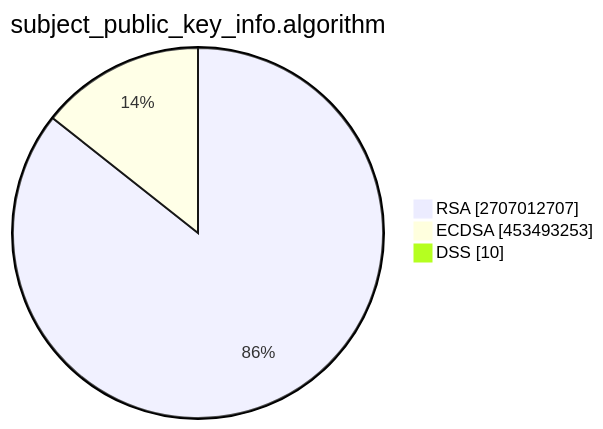
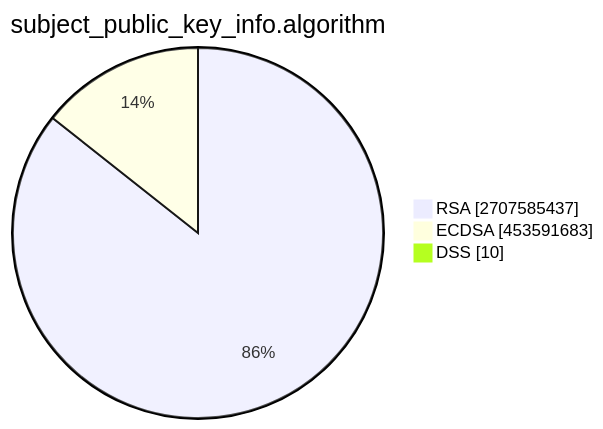
The second of 15 diagrams in TOTAL/README.md (christiankrug/ctmonitor_visualization), drawn with Mermaid before and after one commit. The commit also changed other lines of this file, not shown here.

````diff
--- a/TOTAL/README.md
+++ b/TOTAL/README.md
@@ -6,7 +6,7 @@
 ```mermaid
 pie showData
 title subject_public_key_info.algorithm
-"RSA" :2707012707
-"ECDSA" :453493253
+"RSA" :2707585437
+"ECDSA" :453591683
 "DSS" :10
 ```
````
